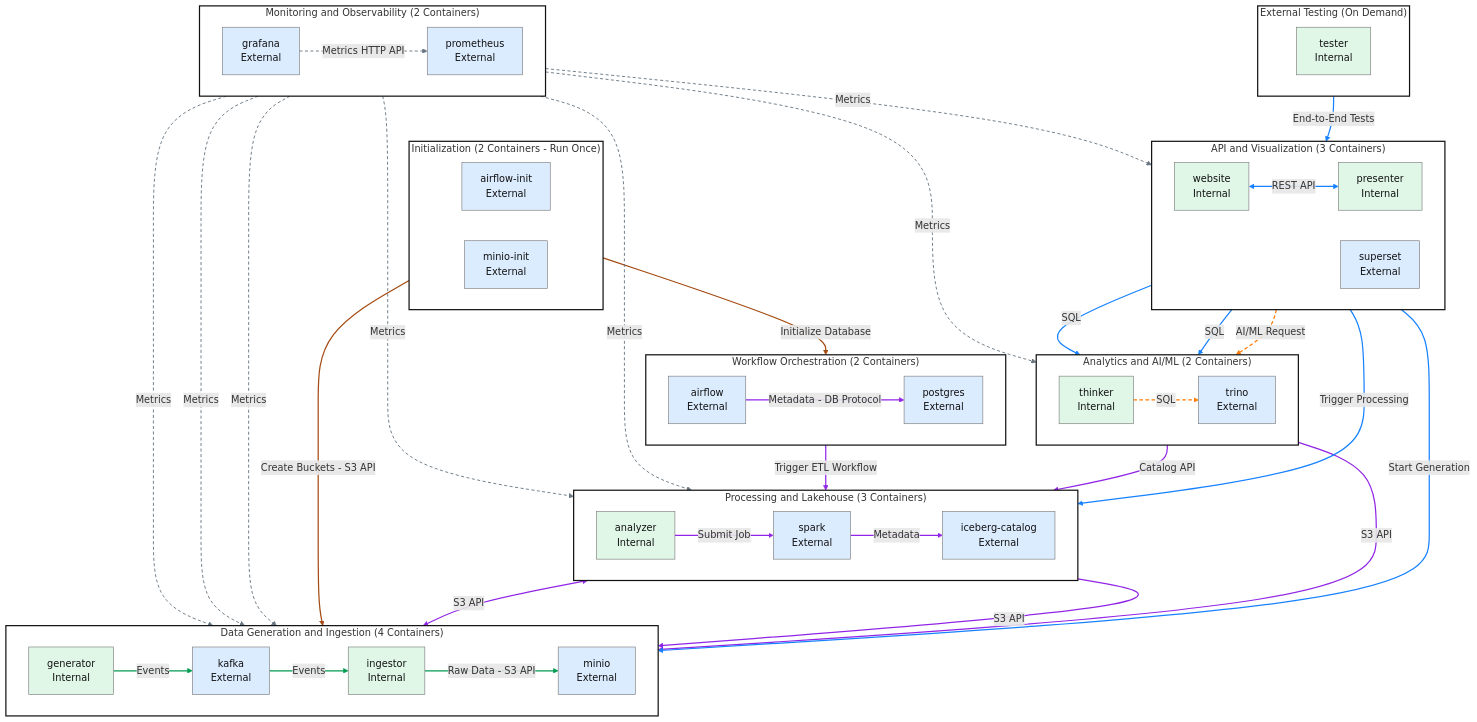
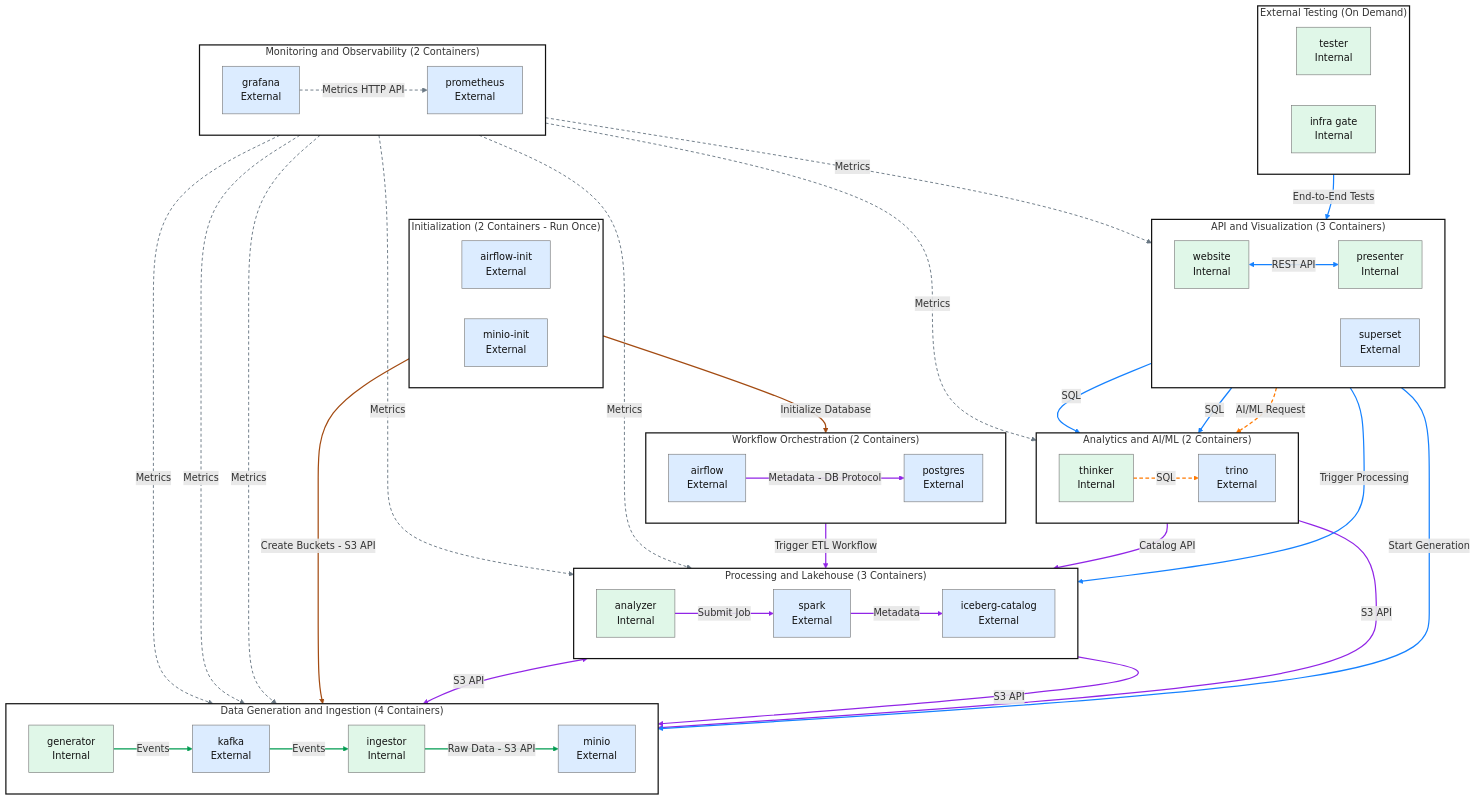
Before and after one commit to orbartal/commerce-etlav-manager: the fourth of 4 diagrams in docs/architecture.md, drawn with Mermaid. The commit also changed other lines of this file, not shown here.

Commit message:
Add infra_gate to diagrams in architecture.md.

```diff
--- a/docs/architecture.md
+++ b/docs/architecture.md
@@ -1181,6 +1184,7 @@
     subgraph TESTING["External Testing (On Demand)"]
         direction LR
         tester["tester<br/>Internal"]
+        infra_gate["infra gate<br/>Internal"]
     end
 
     %% ==========================================
@@ -1323,7 +1327,7 @@
     classDef internal fill:#e0f7e8,stroke:#777,color:#111
     classDef external fill:#dcecff,stroke:#777,color:#111
 
-    class generator,ingestor,analyzer,thinker,presenter,website,tester internal
+    class generator,ingestor,analyzer,thinker,presenter,website,tester,infra_gate internal
 
     class kafka,minio,spark,iceberg,trino,superset,airflow,postgres,prometheus,grafana,airflow_init,minio_init external
 
```
